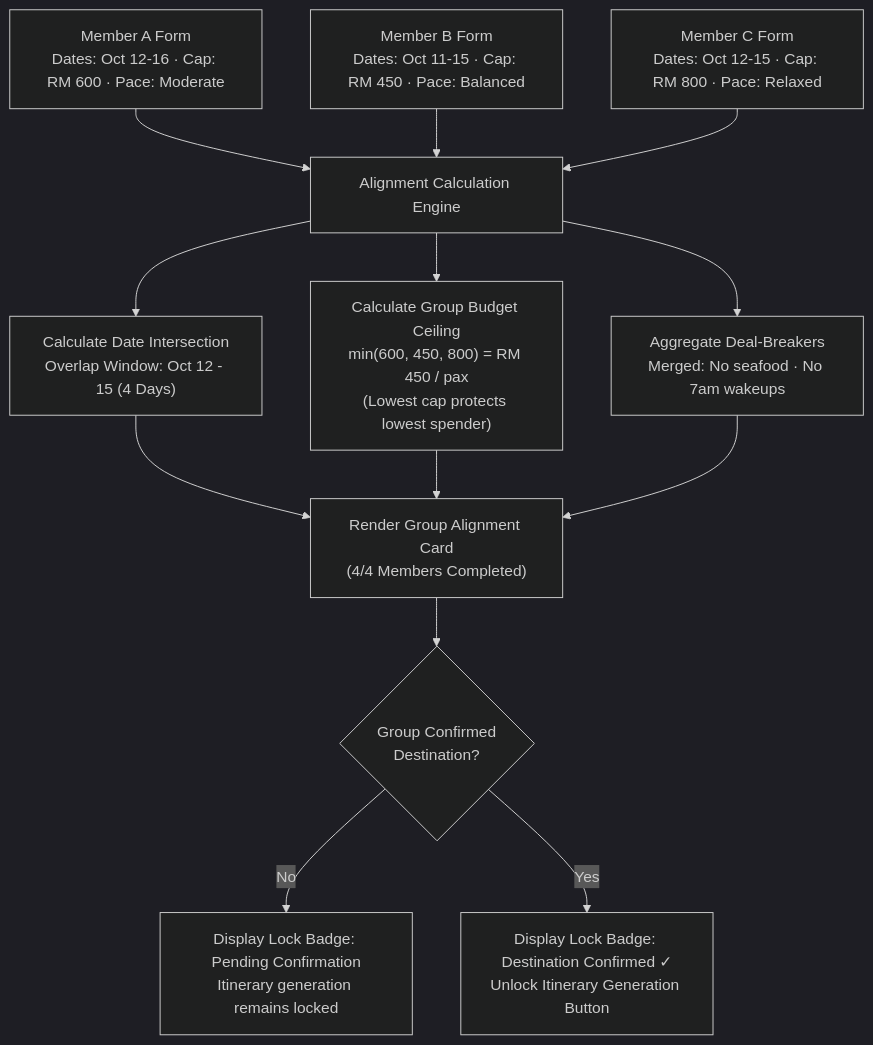
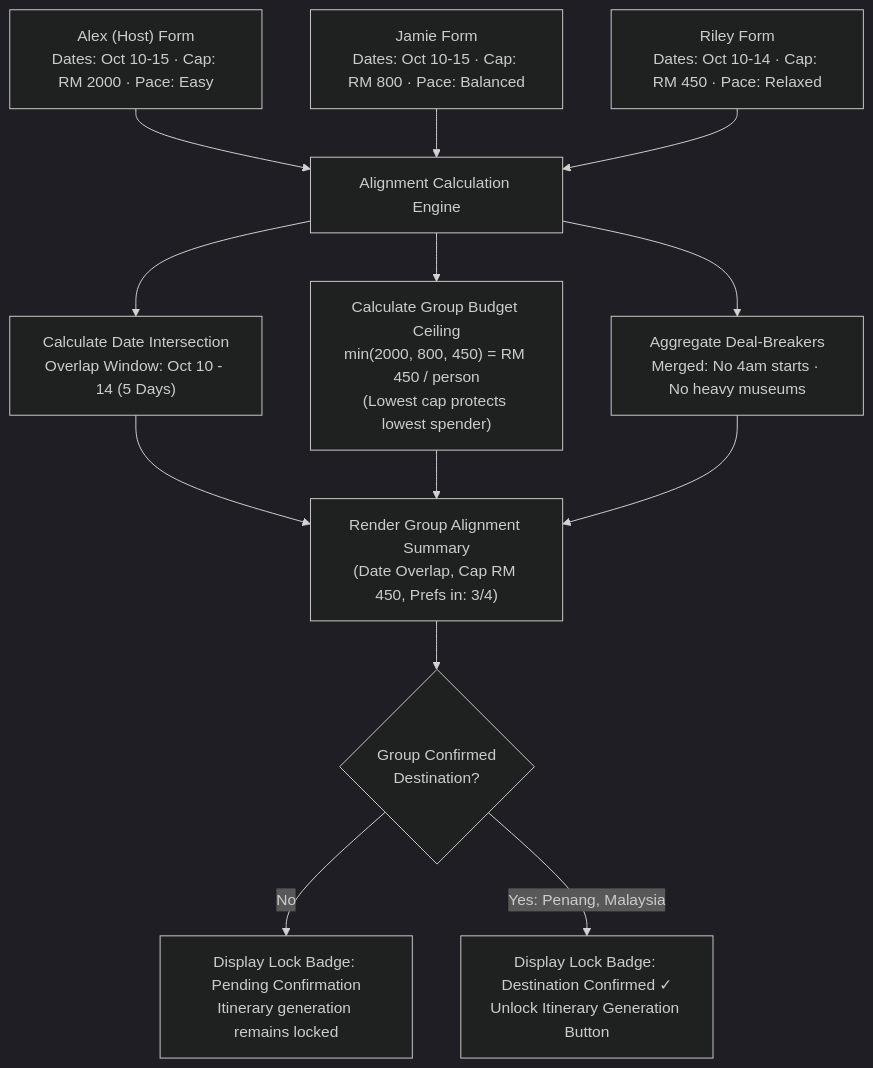
Before and after one commit to nlzce/We-are-the-champions_Plan-B: the fourth of 15 diagrams in README.md, drawn with Mermaid (dark theme). The commit also changed other lines of this file, not shown here.

Commit message:
docs: align README structure, key screens, and user flow exactly with Figma UI design

````diff
--- a/README.md
+++ b/README.md
@@ -285,18 +288,18 @@
 ```mermaid
 flowchart TD
-  M1["Member A Form<br/>Dates: Oct 12-16 · Cap: RM 600 · Pace: Moderate"] --> Engine["Alignment Calculation Engine"]
-  M2["Member B Form<br/>Dates: Oct 11-15 · Cap: RM 450 · Pace: Balanced"] --> Engine
-  M3["Member C Form<br/>Dates: Oct 12-15 · Cap: RM 800 · Pace: Relaxed"] --> Engine
+  M1["Alex (Host) Form<br/>Dates: Oct 10-15 · Cap: RM 2000 · Pace: Easy"] --> Engine["Alignment Calculation Engine"]
+  M2["Jamie Form<br/>Dates: Oct 10-15 · Cap: RM 800 · Pace: Balanced"] --> Engine
+  M3["Riley Form<br/>Dates: Oct 10-14 · Cap: RM 450 · Pace: Relaxed"] --> Engine
 
-  Engine --> CalcDate["Calculate Date Intersection<br/>Overlap Window: Oct 12 - 15 (4 Days)"]
-  Engine --> CalcCap["Calculate Group Budget Ceiling<br/>min(600, 450, 800) = RM 450 / pax<br/>(Lowest cap protects lowest spender)"]
-  Engine --> CalcBreakers["Aggregate Deal-Breakers<br/>Merged: No seafood · No 7am wakeups"]
+  Engine --> CalcDate["Calculate Date Intersection<br/>Overlap Window: Oct 10 - 14 (5 Days)"]
+  Engine --> CalcCap["Calculate Group Budget Ceiling<br/>min(2000, 800, 450) = RM 450 / person<br/>(Lowest cap protects lowest spender)"]
+  Engine --> CalcBreakers["Aggregate Deal-Breakers<br/>Merged: No 4am starts · No heavy museums"]
 
-  CalcDate --> AlignCard["Render Group Alignment Card<br/>(4/4 Members Completed)"]
+  CalcDate --> AlignCard["Render Group Alignment Summary<br/>(Date Overlap, Cap RM 450, Prefs in: 3/4)"]
   CalcCap --> AlignCard
   CalcBreakers --> AlignCard
 
   AlignCard --> LockCheck{"Group Confirmed<br/>Destination?"}
   LockCheck -->|No| Pending["Display Lock Badge: Pending Confirmation<br/>Itinerary generation remains locked"]
-  LockCheck -->|Yes| Locked["Display Lock Badge: Destination Confirmed ✓<br/>Unlock Itinerary Generation Button"]
+  LockCheck -->|Yes: Penang, Malaysia| Locked["Display Lock Badge: Destination Confirmed ✓<br/>Unlock Itinerary Generation Button"]
 ```
````
